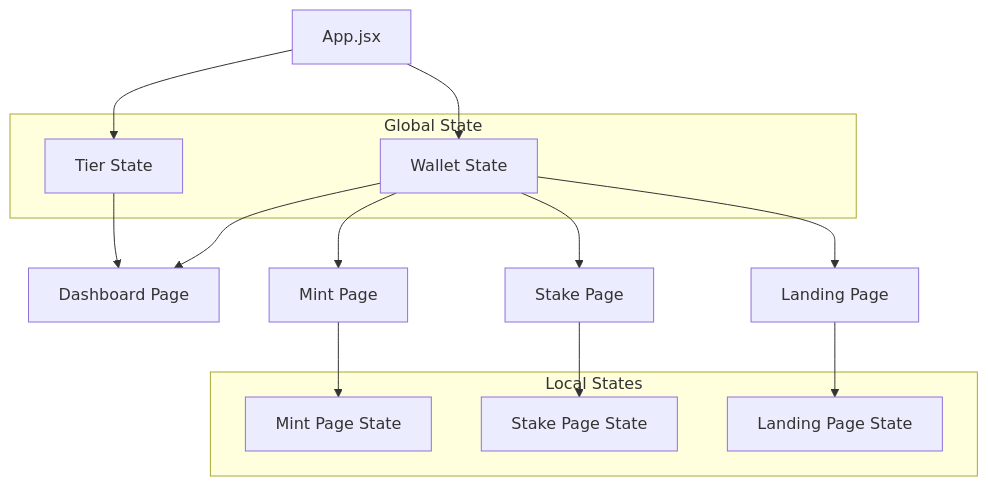
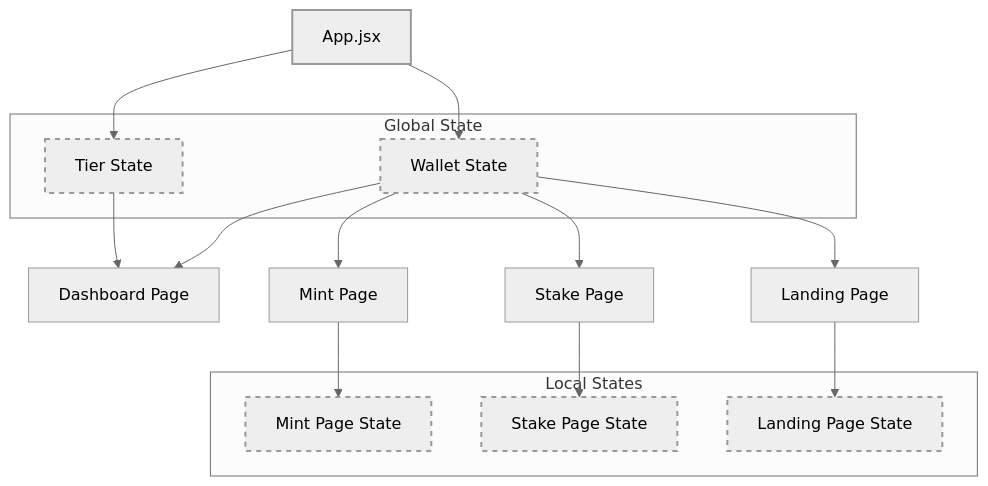
The fifth of 10 diagrams in README.md (jmakwana01/InsightTiers), drawn with Mermaid before and after one commit. The commit also changed other lines of this file, not shown here.

````diff
--- a/README.md
+++ b/README.md
@@ -264,35 +264,38 @@
 ```mermaid
+%%{init: {'theme':'neutral', 'themeVariables': {'primaryColor': '#f5f5f5', 'primaryTextColor': '#000000', 'primaryBorderColor': '#333333', 'lineColor': '#666666', 'fontFamily': 'arial'}}}%%
 graph TD
     App[App.jsx]
     DP[Dashboard Page]
     MP[Mint Page]
     SP[Stake Page]
     LP[Landing Page]
     
     subgraph "Global State"
         WS[Wallet State]
         TS[Tier State]
     end
     
     subgraph "Local States"
         MPS[Mint Page State]
         SPS[Stake Page State]
         LPS[Landing Page State]
     end
     
     App --> WS
     App --> TS
     WS --> DP
     WS --> MP
     WS --> SP
     WS --> LP
     TS --> DP
     MP --> MPS
     SP --> SPS
     LP --> LPS
     
-    
-    class WS,TS globalState;
-    class MPS,SPS,LPS localState;
-    class App,DP,MP,SP,LP component;
+    style App stroke-width:2px
+    style WS stroke-width:2px,stroke-dasharray:5 5
+    style TS stroke-width:2px,stroke-dasharray:5 5
+    style MPS stroke-width:2px,stroke-dasharray:5 5
+    style SPS stroke-width:2px,stroke-dasharray:5 5
+    style LPS stroke-width:2px,stroke-dasharray:5 5
 ```
````
